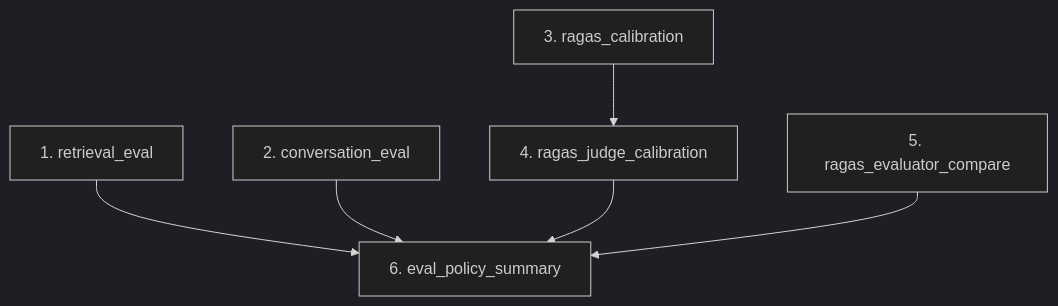
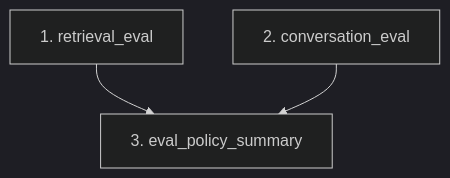
Before and after one commit to AtharvaPagar04/Codeseek: the diagram in backend/docs/retrieval_docs/safe_eval_runner.md, drawn with Mermaid (dark theme). The commit also changed other lines of this file and 432 other files, not shown here.

````diff
--- a/backend/docs/retrieval_docs/safe_eval_runner.md
+++ b/backend/docs/retrieval_docs/safe_eval_runner.md
@@ -56,8 +53,5 @@
 ```mermaid
 graph TD
-    retrieval_eval[1. retrieval_eval] --> eval_policy_summary[6. eval_policy_summary]
+    retrieval_eval[1. retrieval_eval] --> eval_policy_summary[3. eval_policy_summary]
     conversation_eval[2. conversation_eval] --> eval_policy_summary
-    ragas_calibration[3. ragas_calibration] --> ragas_judge_calibration[4. ragas_judge_calibration]
-    ragas_judge_calibration --> eval_policy_summary
-    ragas_evaluator_compare[5. ragas_evaluator_compare] --> eval_policy_summary
 ```
````
